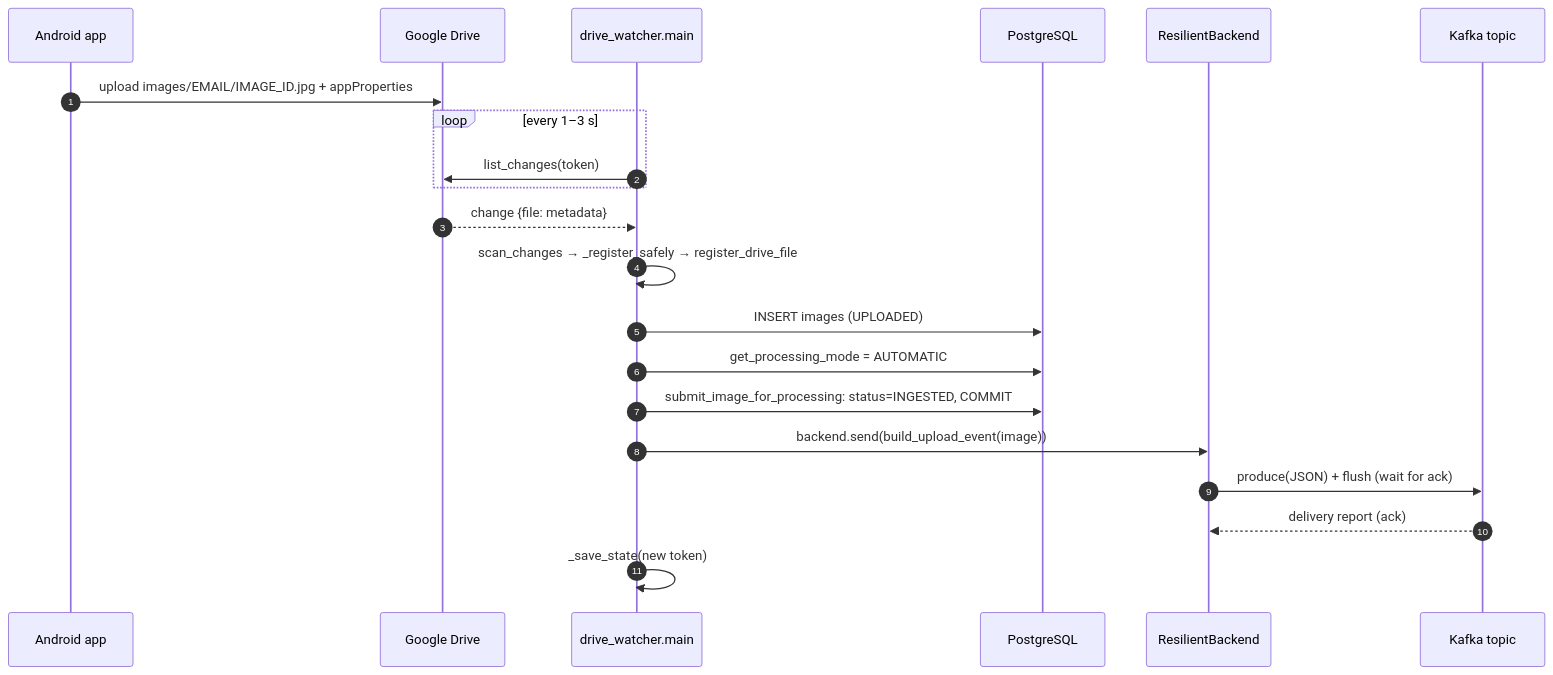
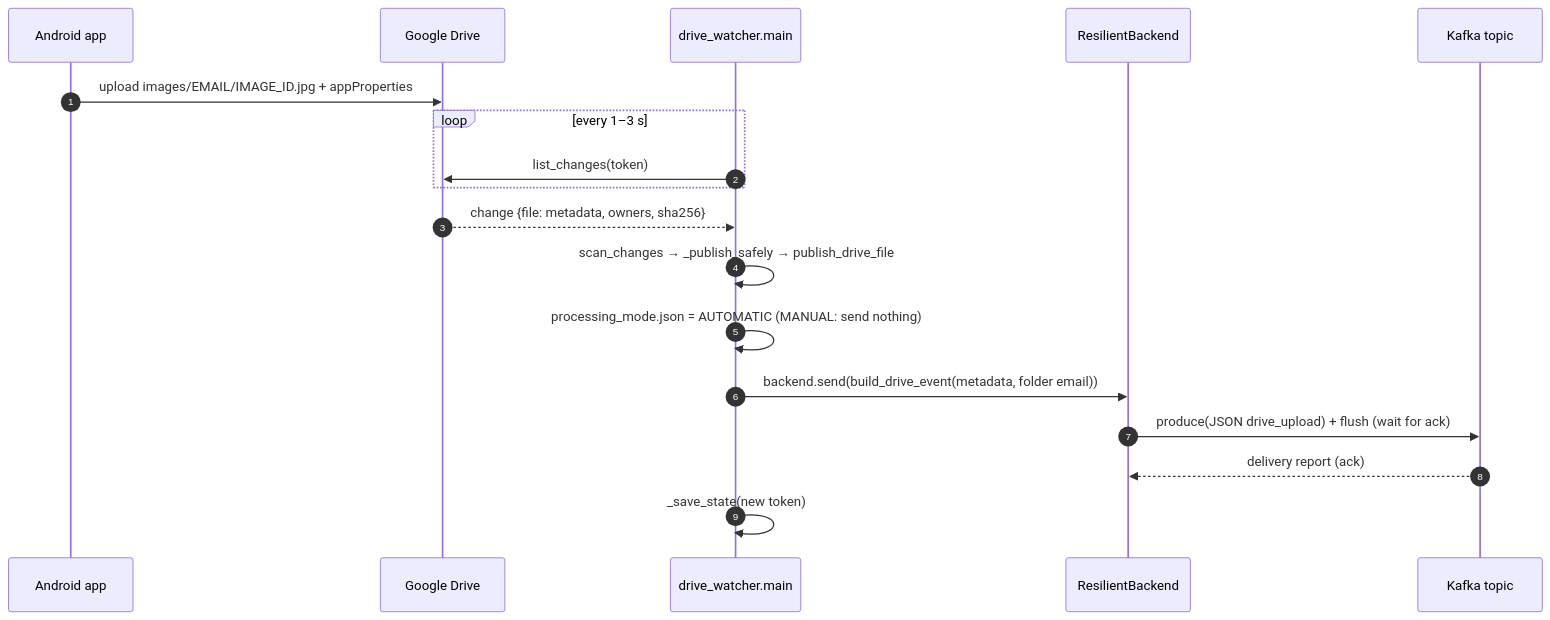
One commit to AOD-collab/-crop-disease-ews changed the fourth of 5 diagrams in Kafka_Spark_Drive_Code_Explanation.md. Above: the diagram before and after it, drawn with Mermaid. The commit also changed other lines of this file and 9 other files, not shown here.

````diff
--- a/Kafka_Spark_Drive_Code_Explanation.md
+++ b/Kafka_Spark_Drive_Code_Explanation.md
@@ -3813,24 +4343,21 @@
 ```mermaid
 sequenceDiagram
     autonumber
     participant APP as Android app
     participant GD as Google Drive
     participant W as drive_watcher.main
-    participant DB as PostgreSQL
     participant P as ResilientBackend
     participant K as Kafka topic
 
     APP->>GD: upload images/EMAIL/IMAGE_ID.jpg + appProperties
     loop every 1–3 s
         W->>GD: list_changes(token)
     end
-    GD-->>W: change {file: metadata}
-    W->>W: scan_changes → _register_safely → register_drive_file
-    W->>DB: INSERT images (UPLOADED)
-    W->>DB: get_processing_mode = AUTOMATIC
-    W->>DB: submit_image_for_processing: status=INGESTED, COMMIT
-    W->>P: backend.send(build_upload_event(image))
-    P->>K: produce(JSON) + flush (wait for ack)
+    GD-->>W: change {file: metadata, owners, sha256}
+    W->>W: scan_changes → _publish_safely → publish_drive_file
+    W->>W: processing_mode.json = AUTOMATIC (MANUAL: send nothing)
+    W->>P: backend.send(build_drive_event(metadata, folder email))
+    P->>K: produce(JSON drive_upload) + flush (wait for ack)
     K-->>P: delivery report (ack)
     W->>W: _save_state(new token)
 ```
````
